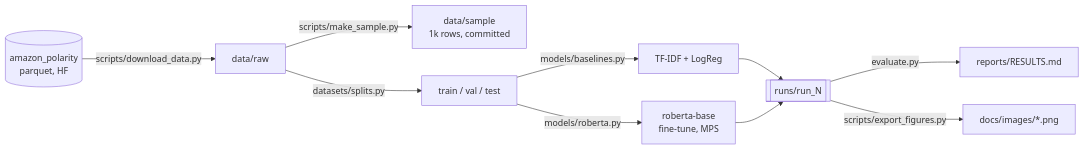
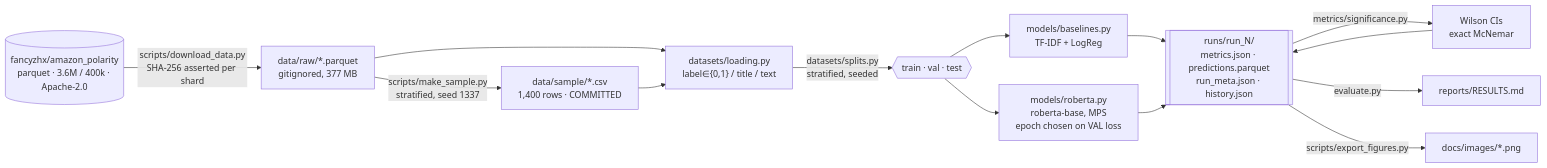
The diagram in README.md (armandogon94/Sentiment-RoBERTa), drawn with Mermaid before and after one commit. The commit also changed other lines of this file and 1 other file, not shown here.

First line of the commit message:
docs: README with measured results, Wilson CIs, and McNemar significance

````diff
--- a/README.md
+++ b/README.md
@@ -77,12 +227,21 @@
 ```mermaid
 flowchart LR
-    A[(amazon_polarity<br/>parquet, HF)] -->|scripts/download_data.py| B[data/raw]
-    B -->|scripts/make_sample.py| S[data/sample<br/>1k rows, committed]
-    B -->|datasets/splits.py| C[train / val / test]
-    C -->|models/baselines.py| D[TF-IDF + LogReg]
-    C -->|models/roberta.py| E[roberta-base<br/>fine-tune, MPS]
-    D --> F[[runs/run_N]]
-    E --> F
-    F -->|evaluate.py| G[reports/RESULTS.md]
-    F -->|scripts/export_figures.py| H[docs/images/*.png]
+    HF[("fancyzhx/amazon_polarity<br/>parquet · 3.6M / 400k · Apache-2.0")]
+    HF -->|"scripts/download_data.py<br/>SHA-256 asserted per shard"| RAW["data/raw/*.parquet<br/>gitignored, 377 MB"]
+    RAW -->|"scripts/make_sample.py<br/>stratified, seed 1337"| SAMPLE["data/sample/*.csv<br/>1,400 rows · COMMITTED"]
+
+    RAW --> LOAD["datasets/loading.py<br/>label∈{0,1} / title / text"]
+    SAMPLE --> LOAD
+    LOAD -->|"datasets/splits.py<br/>stratified, seeded"| SPLIT{{"train · val · test"}}
+
+    SPLIT --> BASE["models/baselines.py<br/>TF-IDF + LogReg"]
+    SPLIT --> ROB["models/roberta.py<br/>roberta-base, MPS<br/>epoch chosen on VAL loss"]
+
+    BASE --> RUN[["runs/run_N/<br/>metrics.json · predictions.parquet<br/>run_meta.json · history.json"]]
+    ROB --> RUN
+
+    RUN -->|"metrics/significance.py"| SIG["Wilson CIs<br/>exact McNemar"]
+    SIG --> RUN
+    RUN -->|"evaluate.py"| REP["reports/RESULTS.md"]
+    RUN -->|"scripts/export_figures.py"| FIG["docs/images/*.png"]
 ```
````
